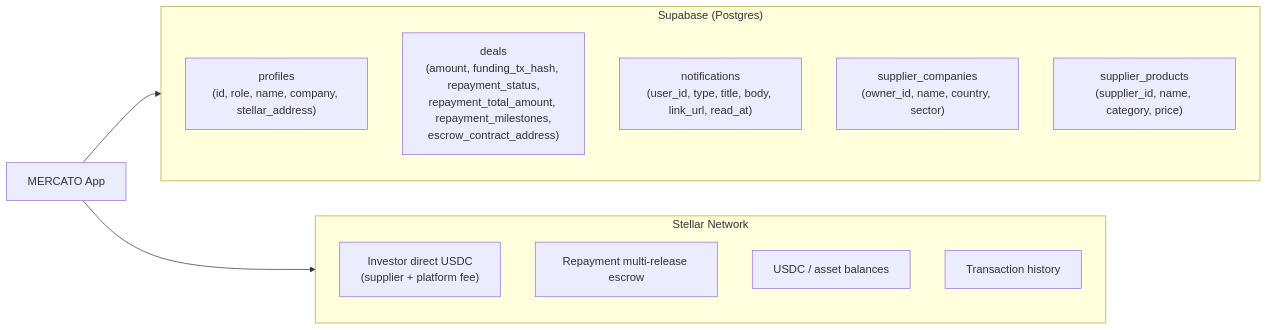
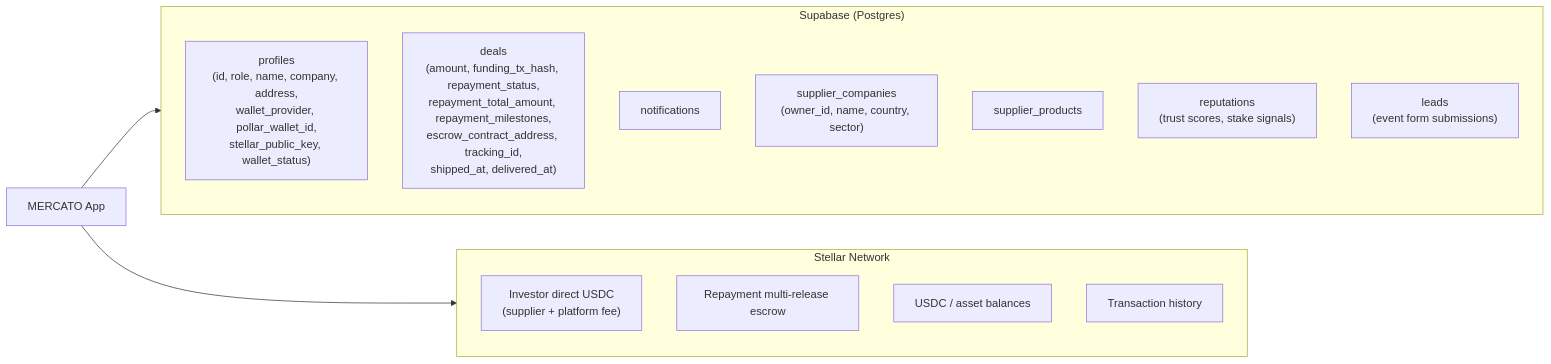
One commit to mercato-supply-chain/mercato-dapp changed diagram 12 of 14 in doc/architecture.md. Above: the diagram before and after it, drawn with Mermaid. The commit also changed other lines of this file and 6 other files, not shown here.

First line of the commit message:
docs: add AGENTS.md and align docs with current app flow

````diff
--- a/doc/architecture.md
+++ b/doc/architecture.md
@@ -630,20 +721,22 @@
 ```mermaid
 flowchart LR
   subgraph Supabase["Supabase (Postgres)"]
-    Profiles["profiles\n(id, role, name, company, stellar_address)"]
-    Deals["deals\n(amount, funding_tx_hash, repayment_status,\nrepayment_total_amount, repayment_milestones,\nescrow_contract_address)"]
-    Notifications["notifications\n(user_id, type, title, body, link_url, read_at)"]
+    Profiles["profiles\n(id, role, name, company, address,\nwallet_provider, pollar_wallet_id,\nstellar_public_key, wallet_status)"]
+    Deals["deals\n(amount, funding_tx_hash, repayment_status,\nrepayment_total_amount, repayment_milestones,\nescrow_contract_address, tracking_id,\nshipped_at, delivered_at)"]
+    Notifications["notifications"]
     SupplierCompanies["supplier_companies\n(owner_id, name, country, sector)"]
-    SupplierProducts["supplier_products\n(supplier_id, name, category, price)"]
+    SupplierProducts["supplier_products"]
+    Reputations["reputations\n(trust scores, stake signals)"]
+    Leads["leads\n(event form submissions)"]
   end
 
   subgraph Stellar["Stellar Network"]
     DirectPay["Investor direct USDC\n(supplier + platform fee)"]
     EscrowState["Repayment multi-release escrow"]
     Balances["USDC / asset balances"]
     TxHistory["Transaction history"]
   end
 
   App["MERCATO App"] --> Supabase
   App --> Stellar
 ```
````
